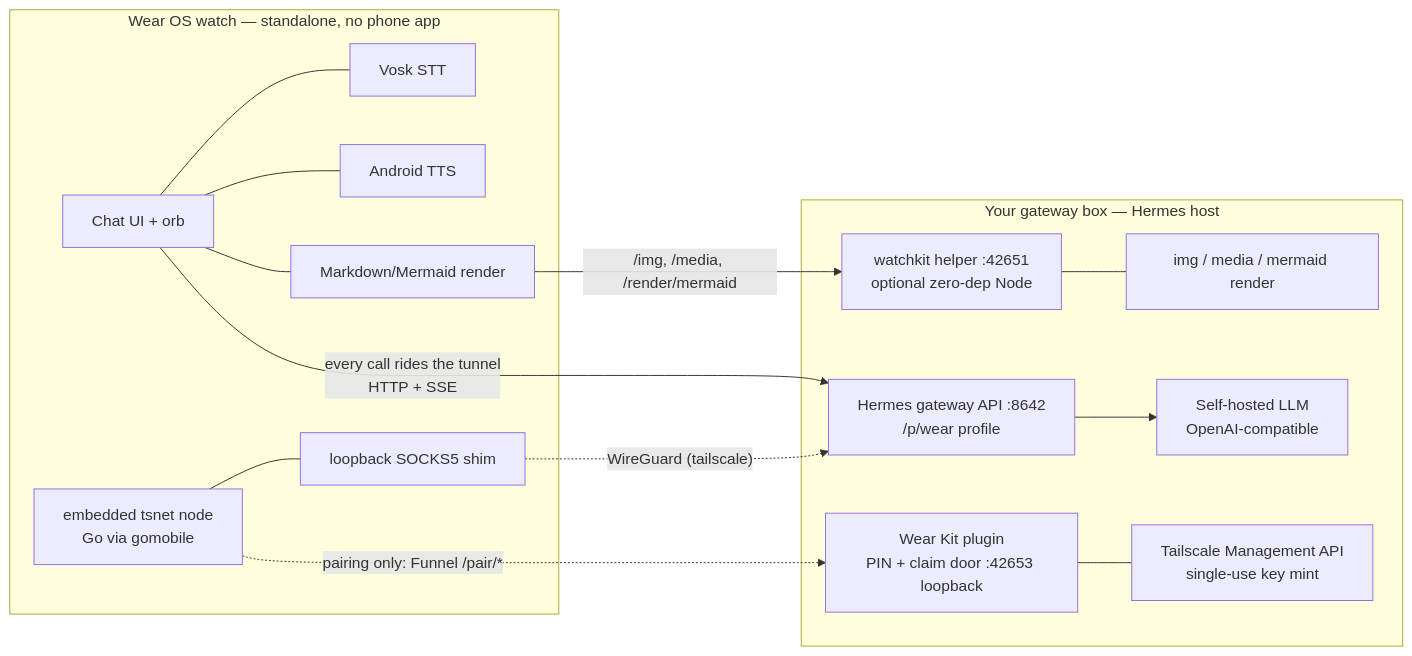
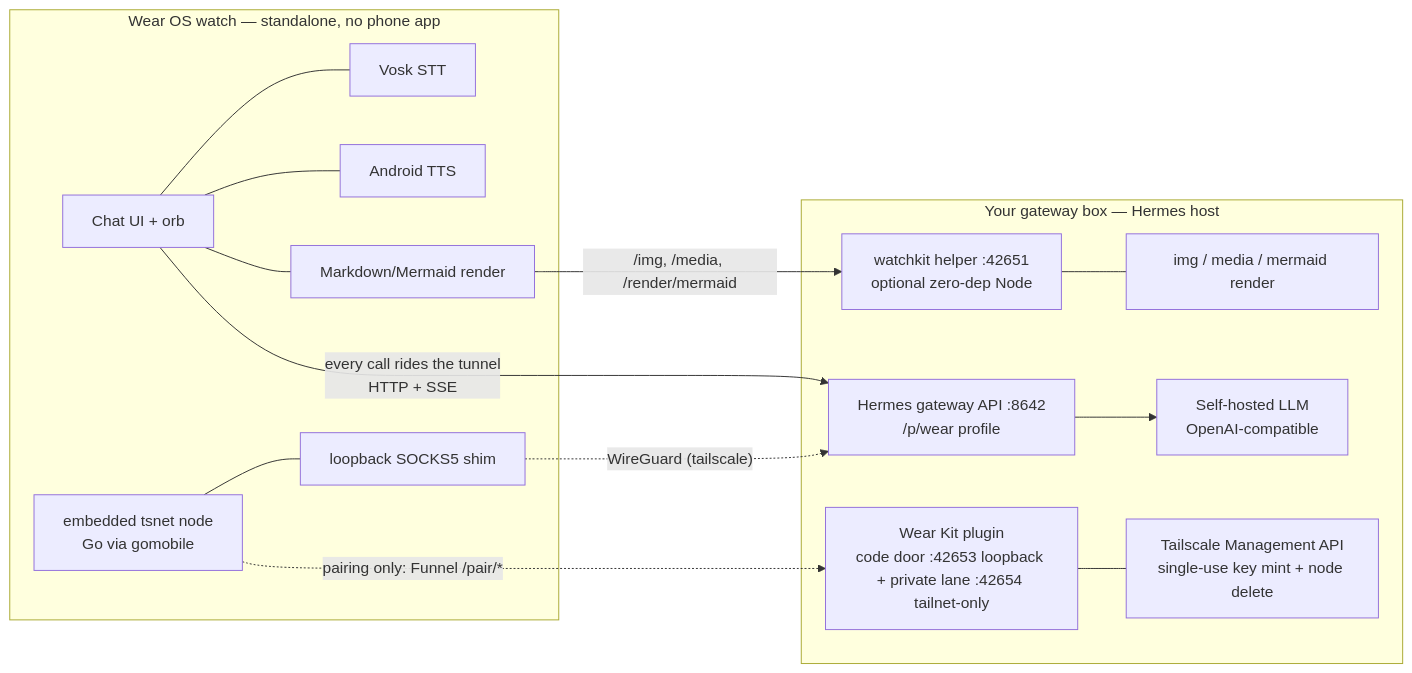
The second of 3 diagrams in README.md (borealBytes/hermes-wearos), drawn with Mermaid before and after one commit. The commit also changed other lines of this file and 3 other files, not shown here.

````diff
--- a/README.md
+++ b/README.md
@@ -212,16 +216,16 @@
 ```mermaid
 flowchart LR
     subgraph watch [Wear OS watch — standalone, no phone app]
         UI[Chat UI + orb] --- STT[Vosk STT] & TTS[Android TTS] & MD[Markdown/Mermaid render]
         NODE[embedded tsnet node<br/>Go via gomobile] --- SOCKS[loopback SOCKS5 shim]
     end
     subgraph server [Your gateway box — Hermes host]
-        PLG[Wear Kit plugin<br/>PIN + claim door :42653 loopback] --- TS[Tailscale Management API<br/>single-use key mint]
+        PLG[Wear Kit plugin<br/>code door :42653 loopback + private lane :42654 tailnet-only] --- TS[Tailscale Management API<br/>single-use key mint + node delete]
         HG[Hermes gateway API :8642<br/>/p/wear profile] --> LLM[Self-hosted LLM<br/>OpenAI-compatible]
         WK[watchkit helper :42651<br/>optional zero-dep Node] --- IMG[img / media / mermaid render]
     end
     UI -- "every call rides the tunnel<br/>HTTP + SSE" --> HG
     MD -- "/img, /media, /render/mermaid" --> WK
     SOCKS -. WireGuard (tailscale) .-> HG
     NODE -. "pairing only: Funnel /pair/*" .-> PLG
 ```
````
